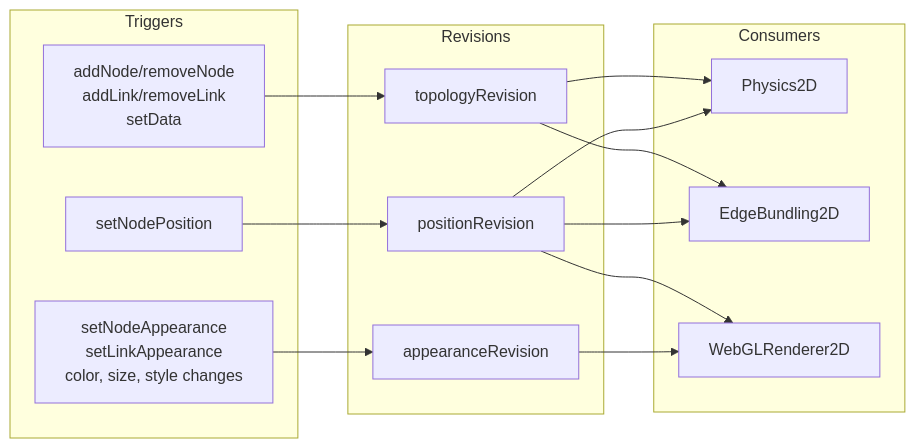
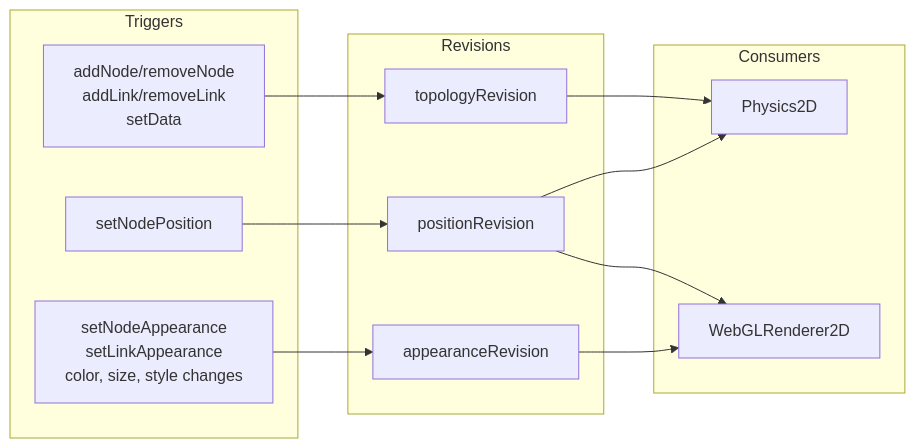
One commit to YuriAlvesBordin/Graphium changed the third of 3 diagrams in docs/data-model.md. Above: the diagram before and after it, drawn with Mermaid. The commit also changed other lines of this file and 26 other files, not shown here.

````diff
--- a/docs/data-model.md
+++ b/docs/data-model.md
@@ -161,30 +164,27 @@
 ```mermaid
 graph LR
     subgraph "Triggers"
         TN[addNode/removeNode<br/>addLink/removeLink<br/>setData]
         NP[setNodePosition]
         NA[setNodeAppearance<br/>setLinkAppearance<br/>color, size, style changes]
     end
 
     subgraph "Revisions"
         TR[topologyRevision]
         PR[positionRevision]
         AR[appearanceRevision]
     end
 
     subgraph "Consumers"
         PH[Physics2D]
-        EB[EdgeBundling2D]
         WG[WebGLRenderer2D]
     end
 
     TN --> TR
     NP --> PR
     NA --> AR
     TR --> PH
-    TR --> EB
     PR --> PH
-    PR --> EB
     PR --> WG
     AR --> WG
 ```
````
